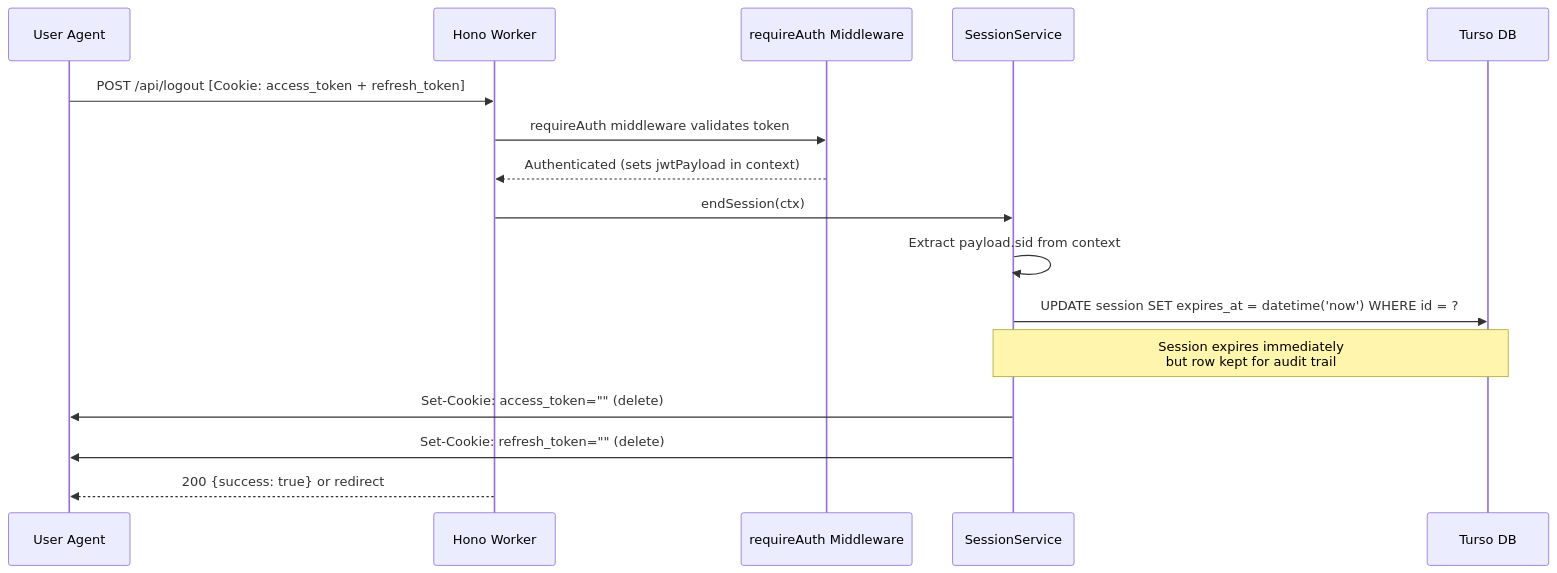
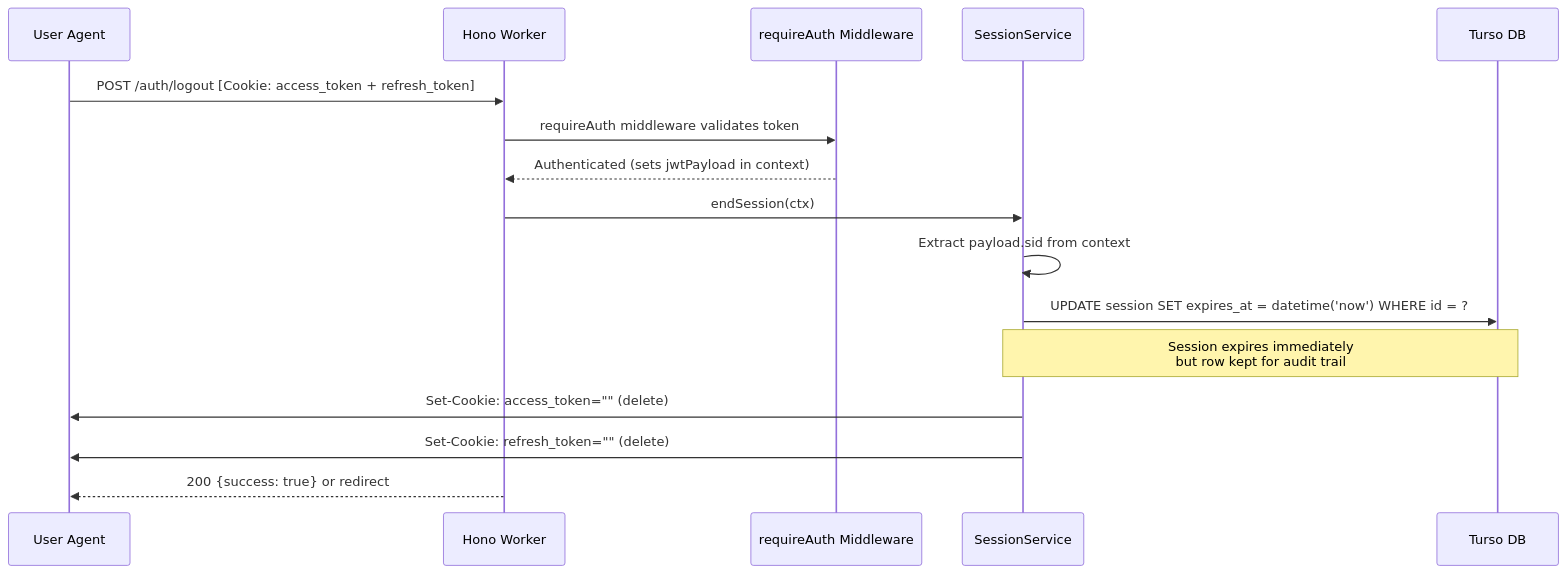
Before and after one commit to vhscom/private-landing: the fifth of 6 diagrams in docs/flows.md, drawn with Mermaid. The commit also changed other lines of this file and 17 other files, not shown here.

````diff
--- a/docs/flows.md
+++ b/docs/flows.md
@@ -213,23 +213,23 @@
 ```mermaid
 sequenceDiagram
   participant U as User Agent
   participant H as Hono Worker
   participant MW as requireAuth Middleware
   participant SS as SessionService
   participant DB as Turso DB
 
-  U->>H: POST /api/logout [Cookie: access_token + refresh_token]
+  U->>H: POST /auth/logout [Cookie: access_token + refresh_token]
 
   H->>MW: requireAuth middleware validates token
   MW-->>H: Authenticated (sets jwtPayload in context)
 
   H->>SS: endSession(ctx)
   SS->>SS: Extract payload.sid from context
   SS->>DB: UPDATE session SET expires_at = datetime('now') WHERE id = ?
   Note over SS,DB: Session expires immediately<br/>but row kept for audit trail
 
   SS->>U: Set-Cookie: access_token="" (delete)
   SS->>U: Set-Cookie: refresh_token="" (delete)
 
   H-->>U: 200 {success: true} or redirect
 ```
````
